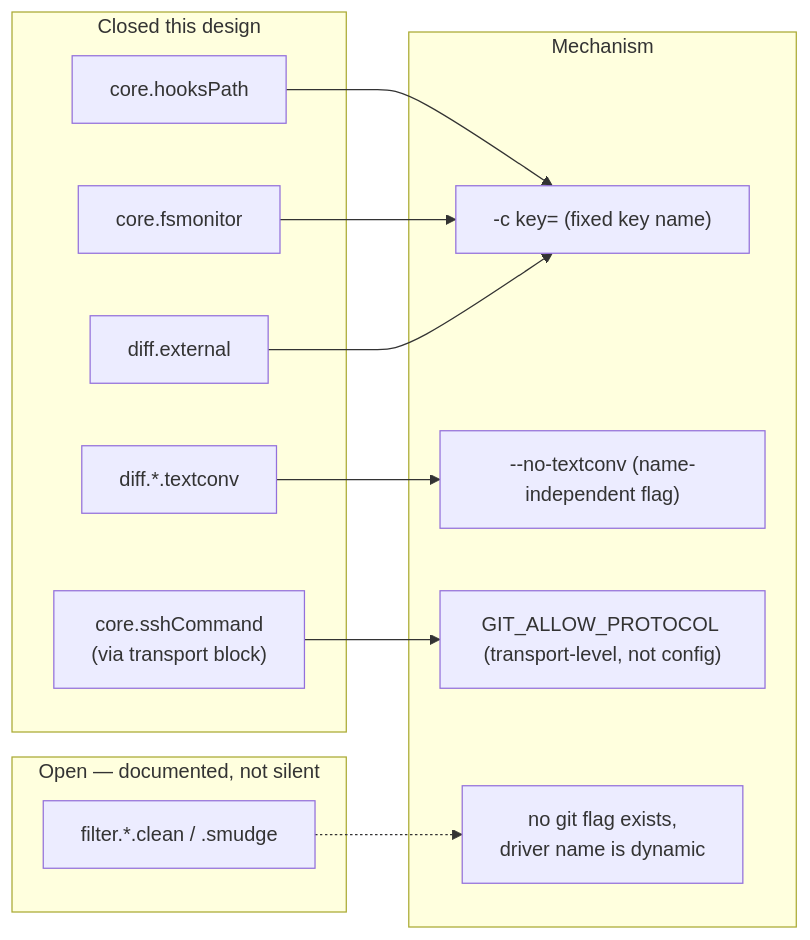
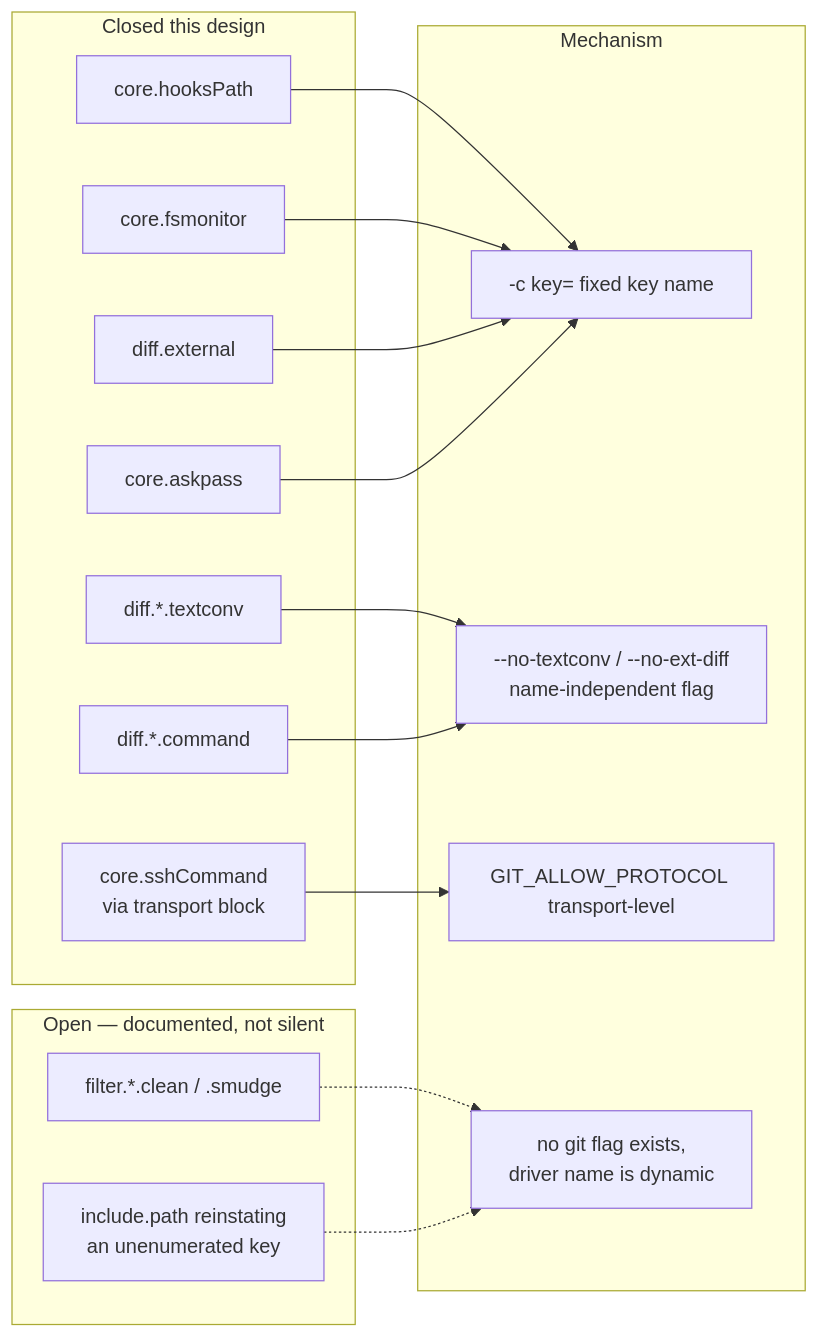
The fourth of 6 diagrams in docs/superpowers/specs/2026-07-27-m1.13-git-process-policy-design.md (tom2025b/git-vista), drawn with Mermaid before and after one commit. The commit also changed other lines of this file, not shown here.

Commit message:
wip(#66): design v2 — revision against round-1 refutation (not yet settled)

````diff
--- a/docs/superpowers/specs/2026-07-27-m1.13-git-process-policy-design.md
+++ b/docs/superpowers/specs/2026-07-27-m1.13-git-process-policy-design.md
@@ -381,25 +639,31 @@
 ```mermaid
 flowchart LR
     subgraph closed["Closed this design"]
         H["core.hooksPath"]
         F["core.fsmonitor"]
         DE["diff.external"]
         TC["diff.*.textconv"]
-        SSH["core.sshCommand<br/>(via transport block)"]
+        EC["diff.*.command"]
+        AP["core.askpass"]
+        SSH["core.sshCommand<br/>via transport block"]
     end
     subgraph open["Open — documented, not silent"]
         CS["filter.*.clean / .smudge"]
+        INC["include.path reinstating<br/>an unenumerated key"]
     end
     subgraph mech["Mechanism"]
-        FIX["-c key= (fixed key name)"]
-        FLAG["--no-textconv (name-independent flag)"]
-        TRANS["GIT_ALLOW_PROTOCOL (transport-level, not config)"]
+        FIX["-c key= fixed key name"]
+        FLAG["--no-textconv / --no-ext-diff<br/>name-independent flag"]
+        TRANS["GIT_ALLOW_PROTOCOL transport-level"]
         NONE["no git flag exists,<br/>driver name is dynamic"]
     end
     H --> FIX
     F --> FIX
     DE --> FIX
+    AP --> FIX
     TC --> FLAG
+    EC --> FLAG
     SSH --> TRANS
     CS -.-> NONE
+    INC -.-> NONE
 ```
````
